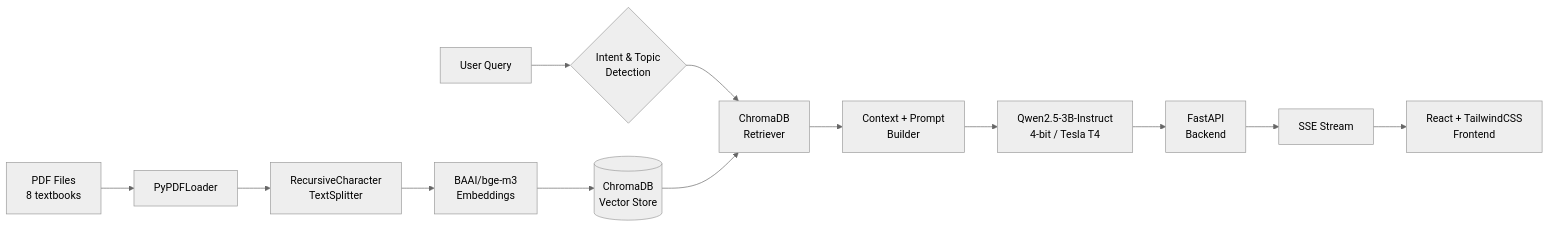
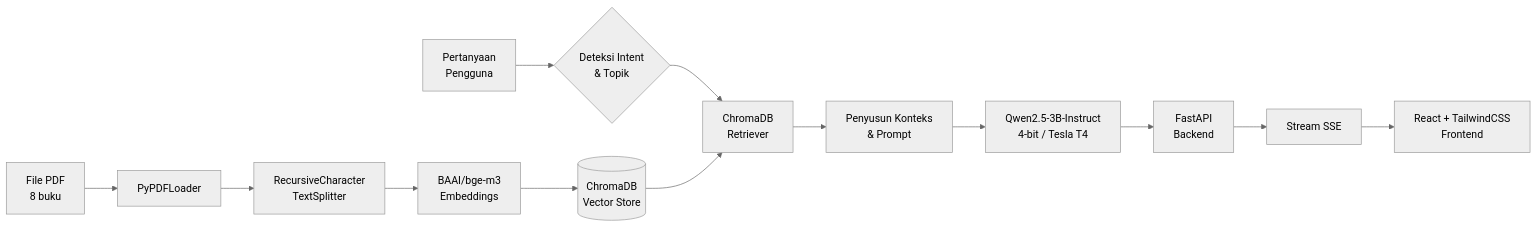
One commit to andrebaik/chatbot-Google-Colab changed the fourth of 4 diagrams in README.md. Above: the diagram before and after it, drawn with Mermaid (neutral theme). The commit also changed other lines of this file, not shown here.

Commit message:
translate README to Indonesian, add ROUGE Mermaid charts

````diff
--- a/README.md
+++ b/README.md
@@ -176,17 +208,17 @@
 ```mermaid
 graph LR
-    A[PDF Files<br/>8 textbooks] --> B[PyPDFLoader]
+    A[File PDF<br/>8 buku] --> B[PyPDFLoader]
     B --> C[RecursiveCharacter<br/>TextSplitter]
     C --> D[BAAI/bge-m3<br/>Embeddings]
     D --> E[(ChromaDB<br/>Vector Store)]
     
-    F[User Query] --> G{Intent & Topic<br/>Detection}
+    F[Pertanyaan<br/>Pengguna] --> G{Deteksi Intent<br/>& Topik}
     G --> H[ChromaDB<br/>Retriever]
     E --> H
-    H --> I[Context + Prompt<br/>Builder]
+    H --> I[Penyusun Konteks<br/>& Prompt]
     
     I --> J[Qwen2.5-3B-Instruct<br/>4-bit / Tesla T4]
     J --> K[FastAPI<br/>Backend]
-    K --> L[SSE Stream]
+    K --> L[Stream SSE]
     L --> M[React + TailwindCSS<br/>Frontend]
 ```
````
